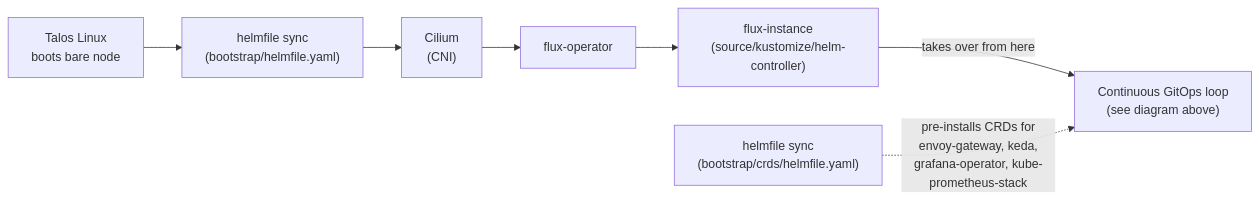
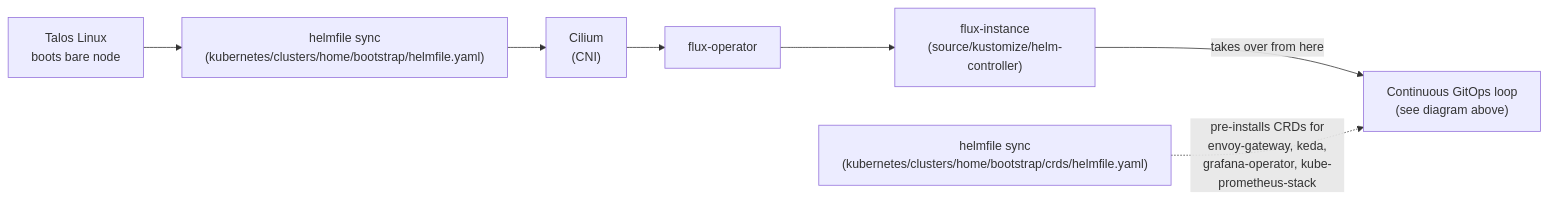
The third of 3 diagrams in README.md (mirceanton/home-ops), drawn with Mermaid before and after one commit. The commit also changed other lines of this file and 919 other files, not shown here.

````diff
--- a/README.md
+++ b/README.md
@@ -174,10 +178,10 @@
 ```mermaid
 flowchart LR
-    Talos["Talos Linux\nboots bare node"] --> HF["helmfile sync\n(bootstrap/helmfile.yaml)"]
+    Talos["Talos Linux\nboots bare node"] --> HF["helmfile sync\n(kubernetes/clusters/home/bootstrap/helmfile.yaml)"]
     HF --> Cilium["Cilium\n(CNI)"]
     Cilium --> FO["flux-operator"]
     FO --> FI["flux-instance\n(source/kustomize/helm-controller)"]
     FI -->|"takes over from here"| GitOps["Continuous GitOps loop\n(see diagram above)"]
 
-    CRDs["helmfile sync\n(bootstrap/crds/helmfile.yaml)"] -.->|"pre-installs CRDs for\nenvoy-gateway, keda,\ngrafana-operator, kube-prometheus-stack"| GitOps
+    CRDs["helmfile sync\n(kubernetes/clusters/home/bootstrap/crds/helmfile.yaml)"] -.->|"pre-installs CRDs for\nenvoy-gateway, keda,\ngrafana-operator, kube-prometheus-stack"| GitOps
 ```
````
